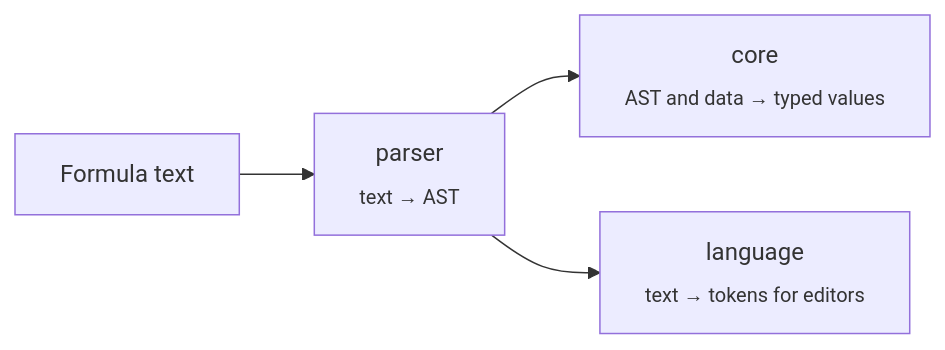
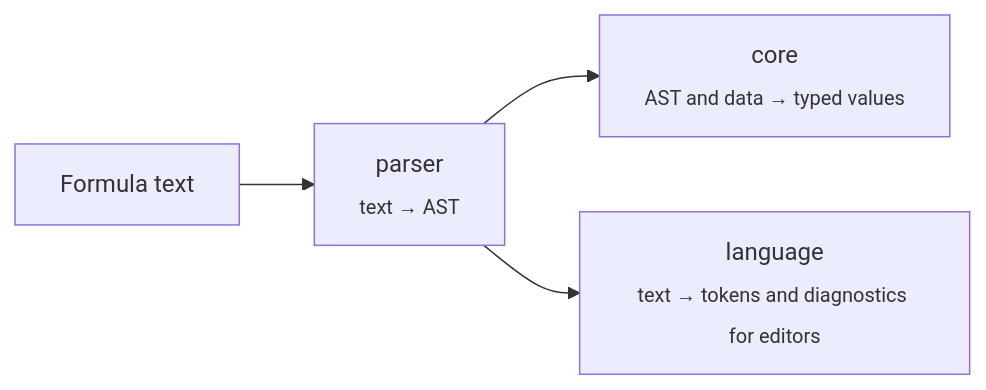
One commit to rushelex/evalex changed the diagram in README.md. Above: the diagram before and after it, drawn with Mermaid. The commit also changed other lines of this file and 11 other files, not shown here.

````diff
--- a/README.md
+++ b/README.md
@@ -190,6 +202,6 @@
 ```mermaid
 flowchart LR
   A["Formula text"] --> P["parser<br/><sub>text → AST</sub>"]
   P --> C["core<br/><sub>AST and data → typed values</sub>"]
-  P --> L["language<br/><sub>text → tokens for editors</sub>"]
+  P --> L["language<br/><sub>text → tokens and diagnostics for editors</sub>"]
 ```
````
